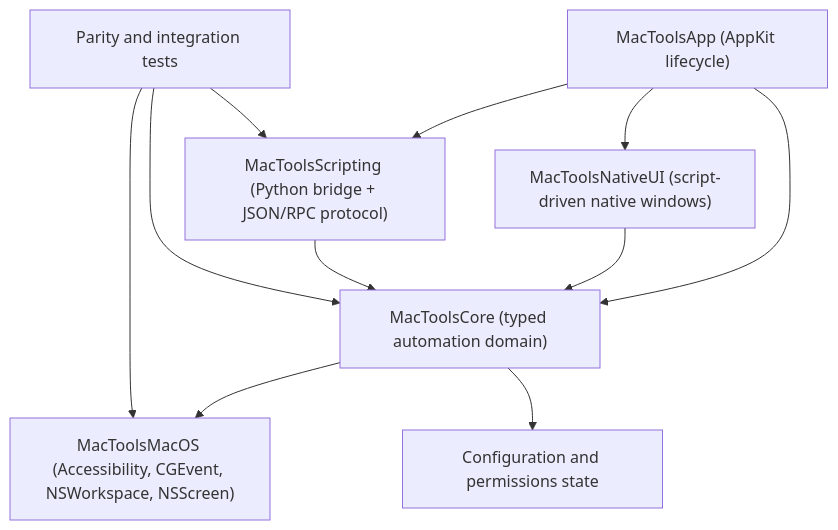
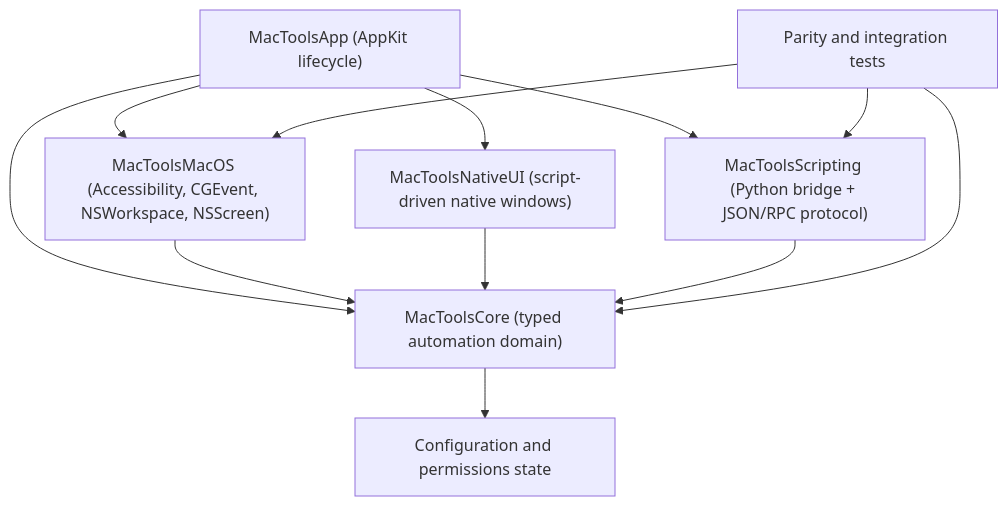
The diagram in AGENTS.md (Tsingv/TSMacTools), drawn with Mermaid before and after one commit. The commit also changed other lines of this file and 19 other files, not shown here.

````diff
--- a/AGENTS.md
+++ b/AGENTS.md
@@ -22,21 +23,22 @@
 ```mermaid
 flowchart TD
     App["MacToolsApp (AppKit lifecycle)"]
     Core["MacToolsCore (typed automation domain)"]
     MacOS["MacToolsMacOS (Accessibility, CGEvent, NSWorkspace, NSScreen)"]
     UI["MacToolsNativeUI (script-driven native windows)"]
     Script["MacToolsScripting (Python bridge + JSON/RPC protocol)"]
     Store["Configuration and permissions state"]
     Tests["Parity and integration tests"]
 
     App --> Core
+    App --> MacOS
     App --> UI
     App --> Script
-    Core --> MacOS
+    MacOS --> Core
     UI --> Core
     Script --> Core
     Core --> Store
     Tests --> Core
     Tests --> Script
     Tests --> MacOS
 ```
````
